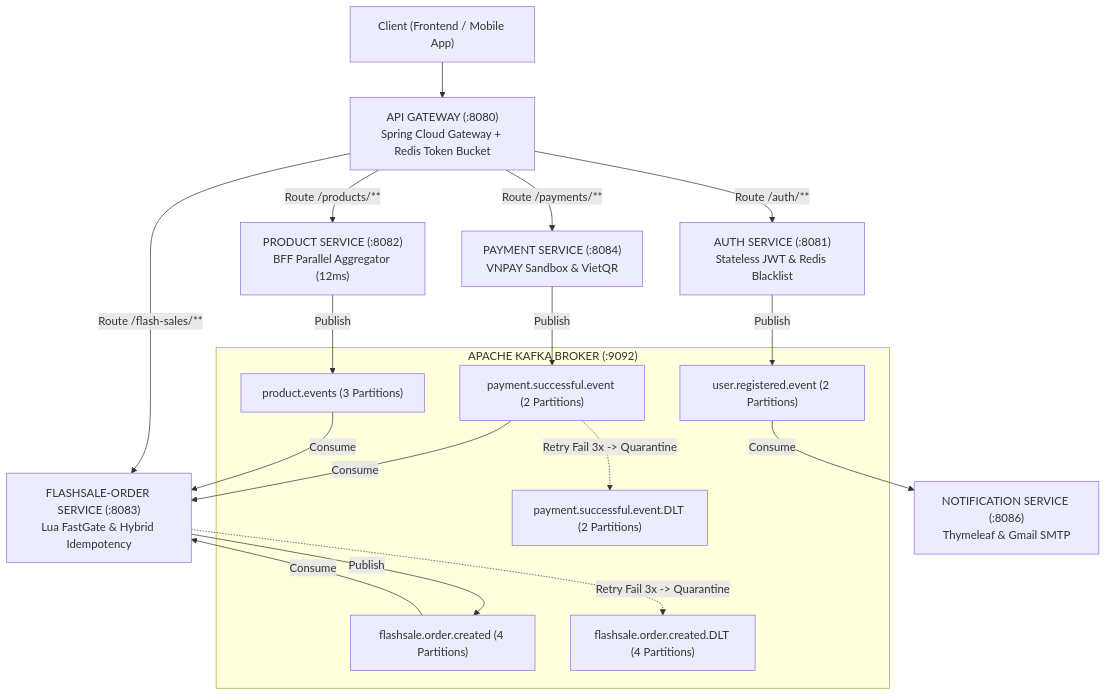
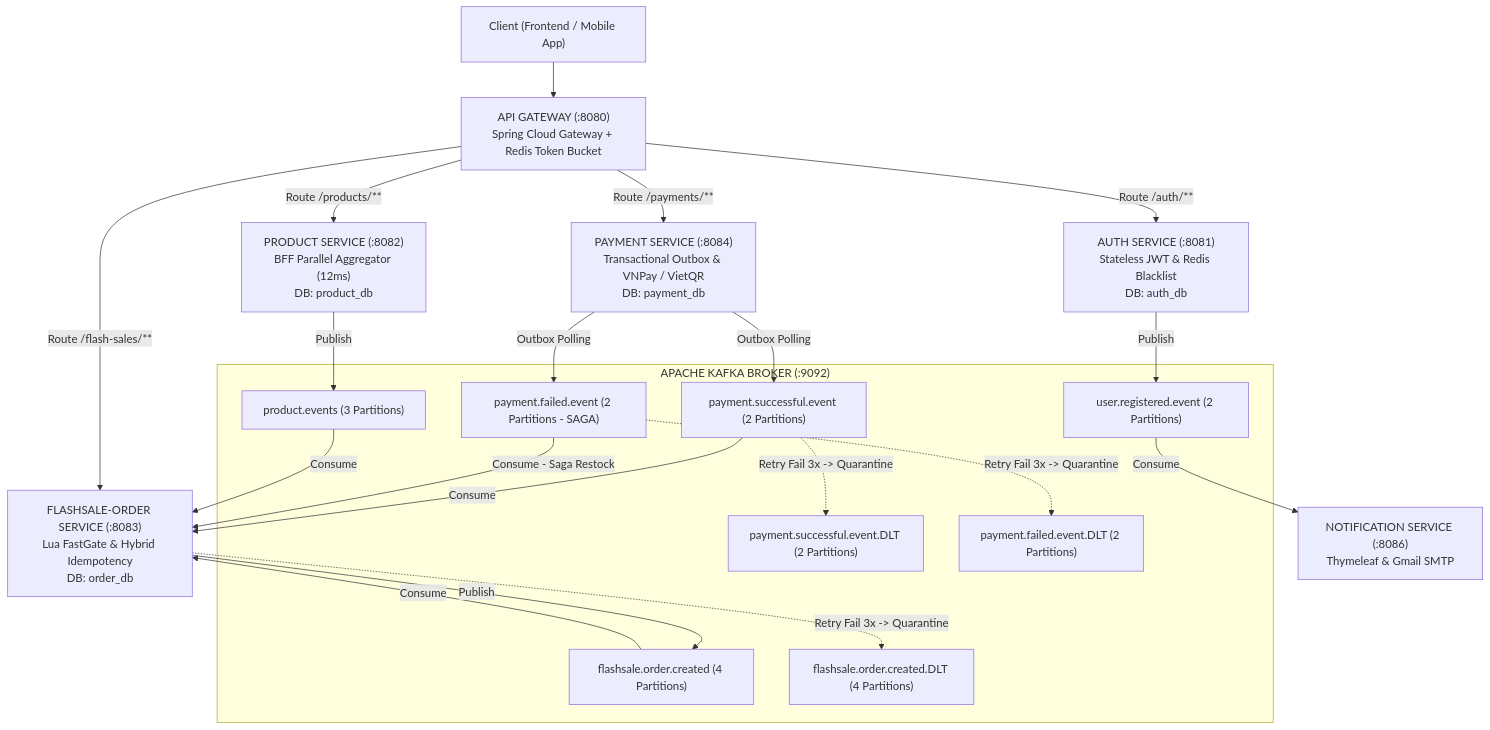
Before and after one commit to TienDat-Lip-2401/flashdeal: the diagram in flashdeal-api/README.md, drawn with Mermaid. The commit also changed other lines of this file and 12 other files, not shown here.

````diff
--- a/flashdeal-api/README.md
+++ b/flashdeal-api/README.md
@@ -28,32 +32,38 @@
 ```mermaid
 graph TD
     Client["Client (Frontend / Mobile App)"] --> Gateway["API GATEWAY (:8080)<br/>Spring Cloud Gateway + Redis Token Bucket"]
 
-    Gateway -->|"Route /auth/**"| AuthSvc["AUTH SERVICE (:8081)<br/>Stateless JWT & Redis Blacklist"]
-    Gateway -->|"Route /products/**"| ProdSvc["PRODUCT SERVICE (:8082)<br/>BFF Parallel Aggregator (12ms)"]
-    Gateway -->|"Route /flash-sales/**"| OrderSvc["FLASHSALE-ORDER SERVICE (:8083)<br/>Lua FastGate & Hybrid Idempotency"]
-    Gateway -->|"Route /payments/**"| PaySvc["PAYMENT SERVICE (:8084)<br/>VNPAY Sandbox & VietQR"]
+    Gateway -->|"Route /auth/**"| AuthSvc["AUTH SERVICE (:8081)<br/>Stateless JWT & Redis Blacklist<br/>DB: auth_db"]
+    Gateway -->|"Route /products/**"| ProdSvc["PRODUCT SERVICE (:8082)<br/>BFF Parallel Aggregator (12ms)<br/>DB: product_db"]
+    Gateway -->|"Route /flash-sales/**"| OrderSvc["FLASHSALE-ORDER SERVICE (:8083)<br/>Lua FastGate & Hybrid Idempotency<br/>DB: order_db"]
+    Gateway -->|"Route /payments/**"| PaySvc["PAYMENT SERVICE (:8084)<br/>Transactional Outbox & VNPay / VietQR<br/>DB: payment_db"]
 
     subgraph KafkaCluster ["APACHE KAFKA BROKER (:9092)"]
         T1["flashsale.order.created (4 Partitions)"]
         T1_DLT["flashsale.order.created.DLT (4 Partitions)"]
         T2["payment.successful.event (2 Partitions)"]
         T2_DLT["payment.successful.event.DLT (2 Partitions)"]
-        T3["product.events (3 Partitions)"]
-        T4["user.registered.event (2 Partitions)"]
+        T3["payment.failed.event (2 Partitions - SAGA)"]
+        T3_DLT["payment.failed.event.DLT (2 Partitions)"]
+        T4["product.events (3 Partitions)"]
+        T5["user.registered.event (2 Partitions)"]
     end
 
     OrderSvc -->|Publish| T1
     T1 -->|Consume| OrderSvc
     OrderSvc -.->|Retry Fail 3x -> Quarantine| T1_DLT
 
-    PaySvc -->|Publish| T2
+    PaySvc -->|Outbox Polling| T2
     T2 -->|Consume| OrderSvc
     T2 -.->|Retry Fail 3x -> Quarantine| T2_DLT
 
-    ProdSvc -->|Publish| T3
-    T3 -->|Consume| OrderSvc
+    PaySvc -->|Outbox Polling| T3
+    T3 -->|Consume - Saga Restock| OrderSvc
+    T3 -.->|Retry Fail 3x -> Quarantine| T3_DLT
 
-    AuthSvc -->|Publish| T4
-    T4 -->|Consume| NotifSvc["NOTIFICATION SERVICE (:8086)<br/>Thymeleaf & Gmail SMTP"]
+    ProdSvc -->|Publish| T4
+    T4 -->|Consume| OrderSvc
+
+    AuthSvc -->|Publish| T5
+    T5 -->|Consume| NotifSvc["NOTIFICATION SERVICE (:8086)<br/>Thymeleaf & Gmail SMTP"]
 ```
````
